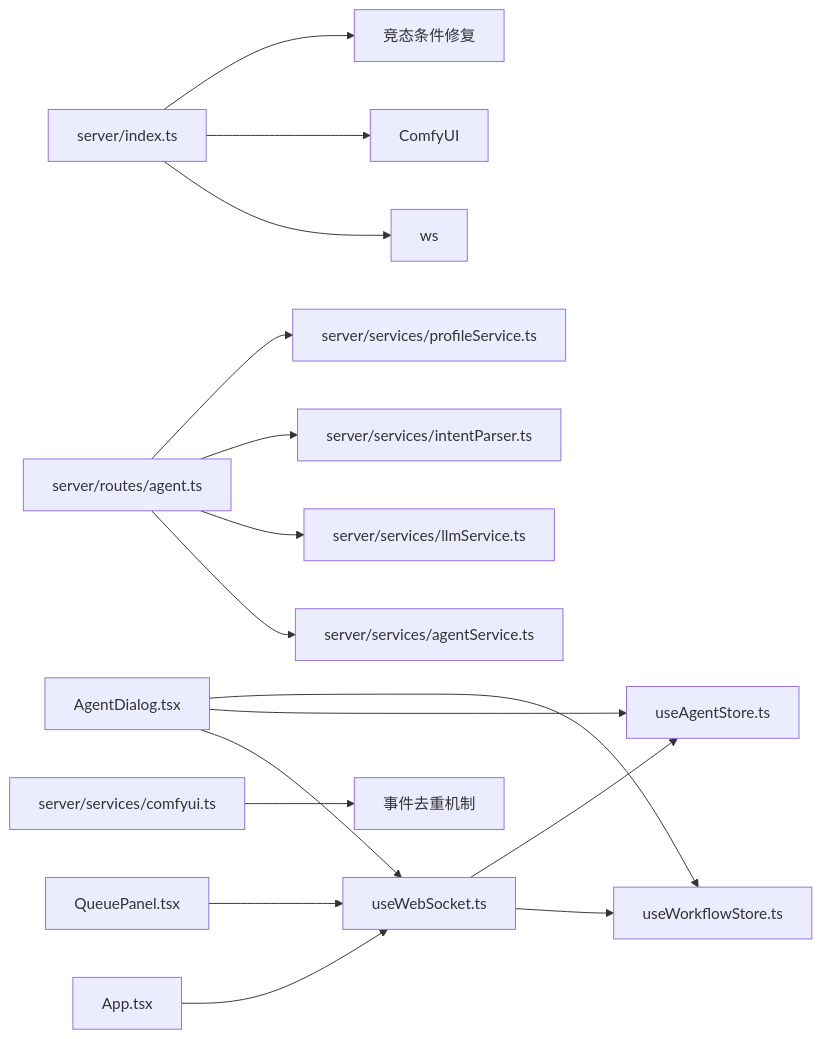
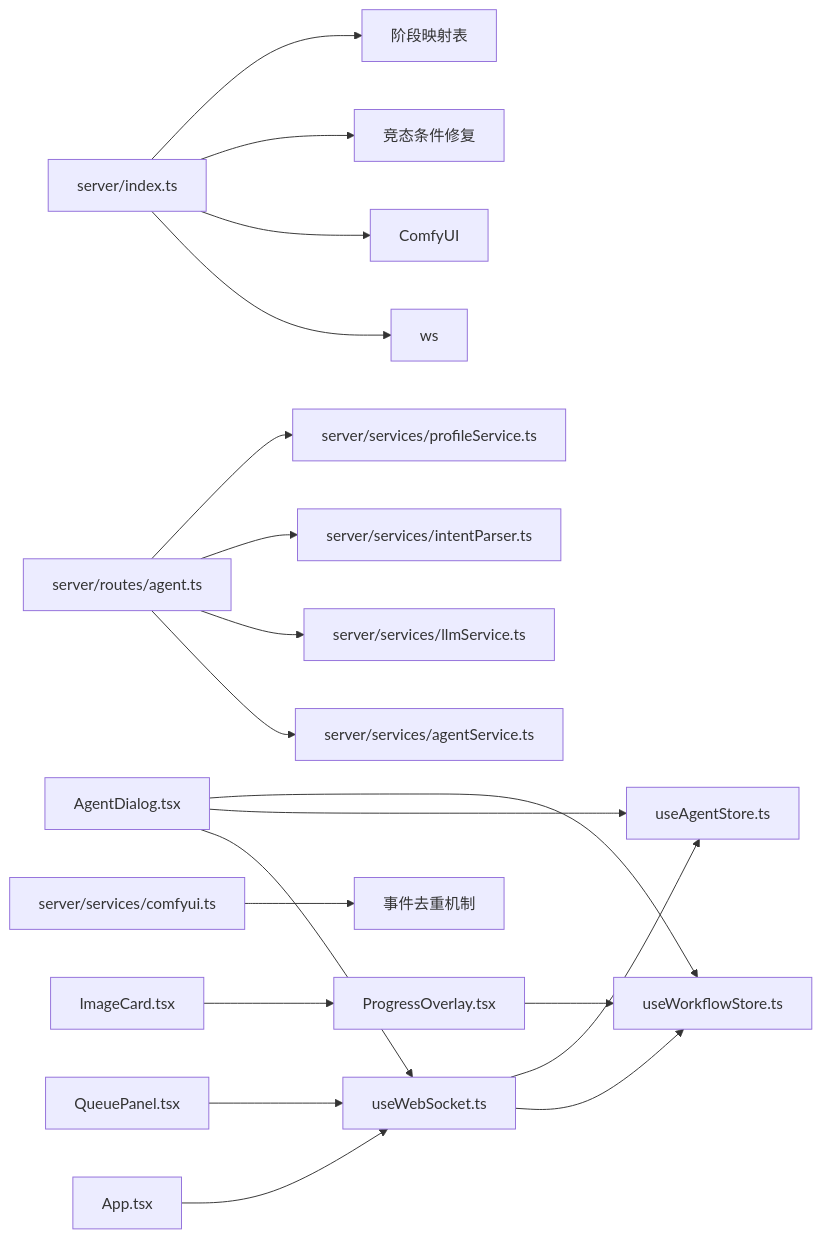
Diagram 11 of 11 in .qoder/repowiki/zh/content/前端应用/WebSocket 通信.md (billye220670/CorineKit_Pix2Real), drawn with Mermaid before and after one commit. The commit also changed other lines of this file and 13 other files, not shown here.

````diff
--- a/.qoder/repowiki/zh/content/前端应用/WebSocket 通信.md
+++ b/.qoder/repowiki/zh/content/前端应用/WebSocket 通信.md
@@ -437,18 +507,21 @@
 ```mermaid
 graph LR
 App["App.tsx"] --> Hook["useWebSocket.ts"]
 Hook --> WFStore["useWorkflowStore.ts"]
 Hook --> AgentStore["useAgentStore.ts"]
 AgentDialog["AgentDialog.tsx"] --> Hook
 AgentDialog --> AgentStore
 AgentDialog --> WFStore
 QueuePanel["QueuePanel.tsx"] --> Hook
 Server["server/index.ts"] --> WS["ws"]
 Server --> Comfy["ComfyUI"]
 Server --> RaceFix["竞态条件修复"]
+Server --> StageMap["阶段映射表"]
 AgentRoute["server/routes/agent.ts"] --> AgentService["server/services/agentService.ts"]
 AgentRoute --> LLM["server/services/llmService.ts"]
 AgentRoute --> Intent["server/services/intentParser.ts"]
 AgentRoute --> Profile["server/services/profileService.ts"]
 ComfyService["server/services/comfyui.ts"] --> EventDedup["事件去重机制"]
+ProgressOverlay["ProgressOverlay.tsx"] --> WFStore
+ImageCard["ImageCard.tsx"] --> ProgressOverlay
 ```
````
